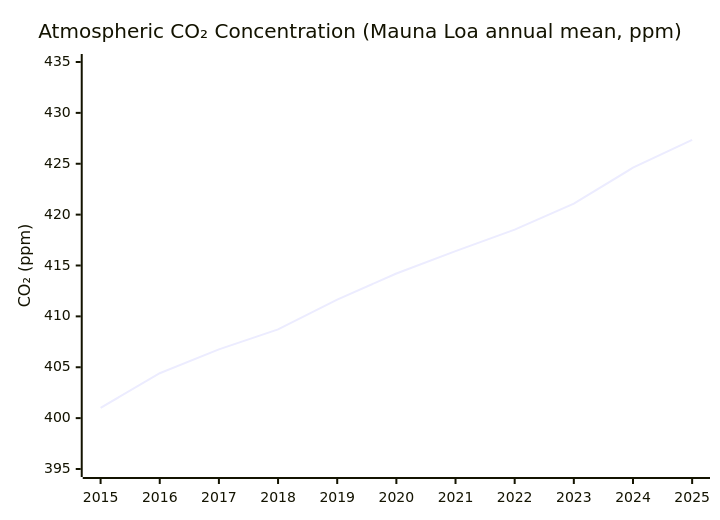
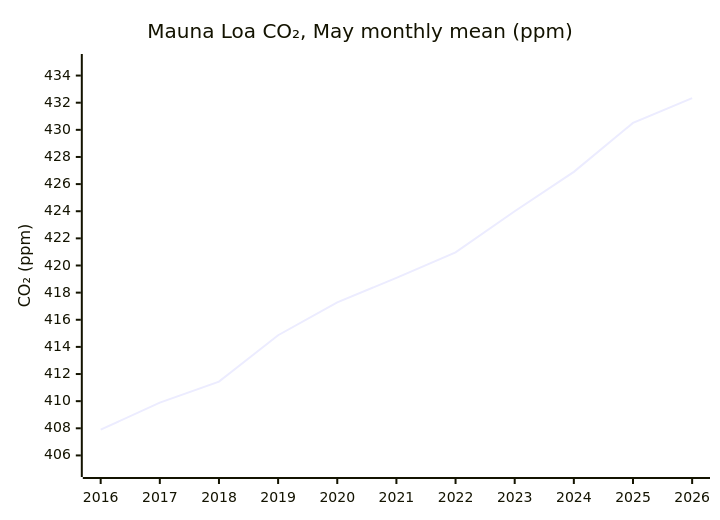
The first of 2 diagrams in pilot-26H1/climate.md (pasky/grand-endeavors), drawn with Mermaid before and after one commit. The commit also changed other lines of this file, not shown here.

````diff
--- a/pilot-26H1/climate.md
+++ b/pilot-26H1/climate.md
@@ -37,7 +46,7 @@
 ```mermaid
 xychart-beta
-    title "Atmospheric CO₂ Concentration (Mauna Loa annual mean, ppm)"
-    x-axis [2015, 2016, 2017, 2018, 2019, 2020, 2021, 2022, 2023, 2024, 2025]
-    y-axis "CO₂ (ppm)" 395 --> 435
-    line [401.01, 404.41, 406.76, 408.72, 411.65, 414.21, 416.41, 418.53, 421.08, 424.61, 427.35]
+    title "Mauna Loa CO₂, May monthly mean (ppm)"
+    x-axis [2016, 2017, 2018, 2019, 2020, 2021, 2022, 2023, 2024, 2025, 2026]
+    y-axis "CO₂ (ppm)" 405 --> 435
+    line [407.90, 409.89, 411.44, 414.86, 417.28, 419.09, 420.97, 424.00, 426.90, 430.51, 432.34]
 ```
````
